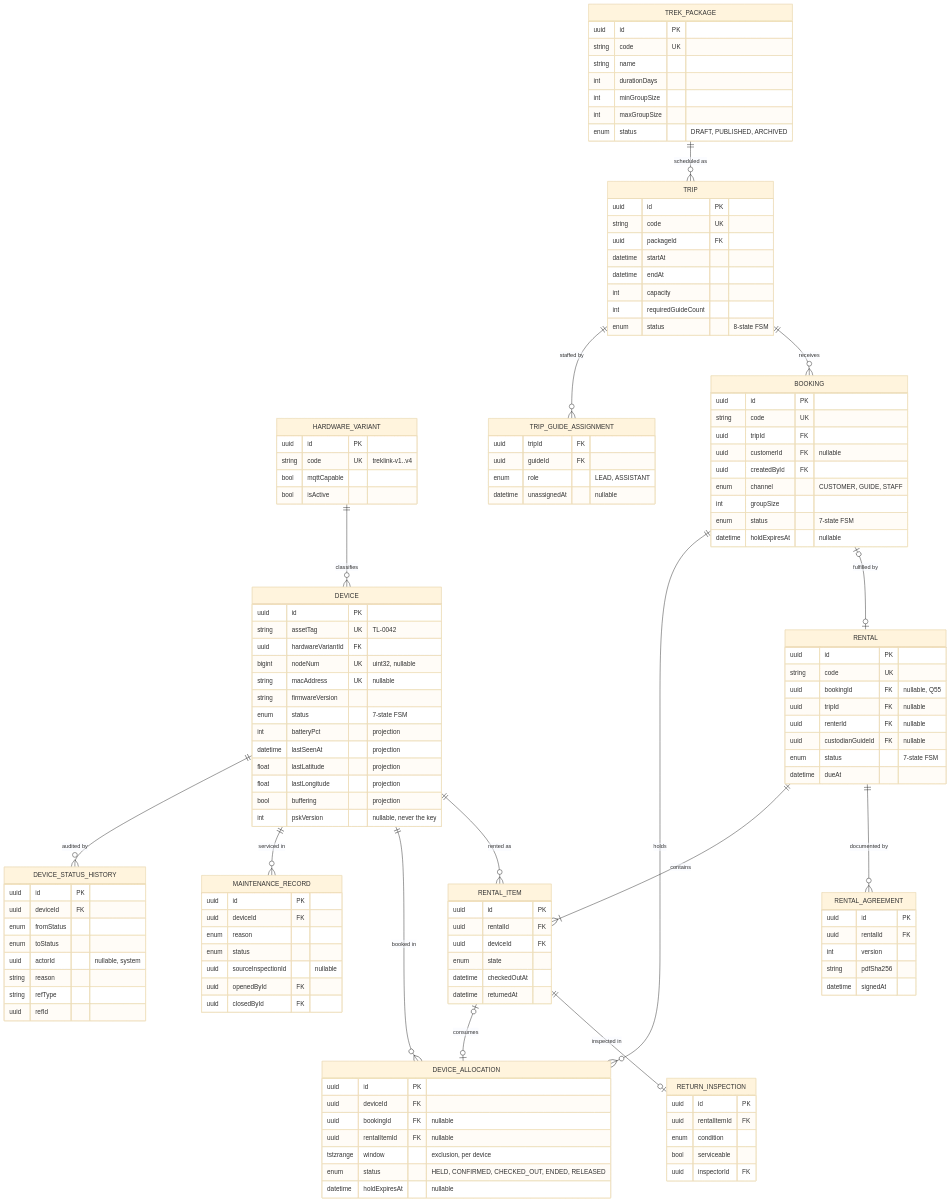
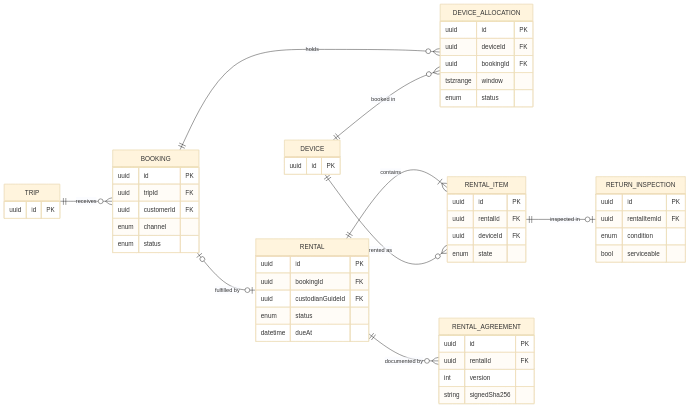
The eighth of 11 diagrams in specs/platform/design.md (TrekLink-Team/treklink-web), drawn with Mermaid (base theme) before and after one commit. The commit also changed other lines of this file and 30 other files, not shown here.

First line of the commit message:
docs(rentals): specify bookings, device holds, agreements, check-out and return

````diff
--- a/specs/platform/design.md
+++ b/specs/platform/design.md
@@ -283,98 +337,31 @@
 ```mermaid
 erDiagram
-    HARDWARE_VARIANT {
+    direction LR
+    TRIP {
         uuid id PK
-        string code UK "treklink-v1..v4"
-        bool mqttCapable
-        bool isActive
     }
     DEVICE {
         uuid id PK
-        string assetTag UK "TL-0042"
-        uuid hardwareVariantId FK
-        bigint nodeNum UK "uint32, nullable"
-        string macAddress UK "nullable"
-        string firmwareVersion
-        enum status "7-state FSM"
-        int batteryPct "projection"
-        datetime lastSeenAt "projection"
-        float lastLatitude "projection"
-        float lastLongitude "projection"
-        bool buffering "projection"
-        int pskVersion "nullable, never the key"
-    }
-    DEVICE_STATUS_HISTORY {
-        uuid id PK
-        uuid deviceId FK
-        enum fromStatus
-        enum toStatus
-        uuid actorId "nullable, system"
-        string reason
-        string refType
-        uuid refId
-    }
-    MAINTENANCE_RECORD {
-        uuid id PK
-        uuid deviceId FK
-        enum reason
-        enum status
-        uuid sourceInspectionId "nullable"
-        uuid openedById FK
-        uuid closedById FK
-    }
-    TREK_PACKAGE {
-        uuid id PK
-        string code UK
-        string name
-        int durationDays
-        int minGroupSize
-        int maxGroupSize
-        enum status "DRAFT, PUBLISHED, ARCHIVED"
-    }
-    TRIP {
-        uuid id PK
-        string code UK
-        uuid packageId FK
-        datetime startAt
-        datetime endAt
-        int capacity
-        int requiredGuideCount
-        enum status "8-state FSM"
-    }
-    TRIP_GUIDE_ASSIGNMENT {
-        uuid tripId FK
-        uuid guideId FK
-        enum role "LEAD, ASSISTANT"
-        datetime unassignedAt "nullable"
     }
     BOOKING {
         uuid id PK
-        string code UK
         uuid tripId FK
-        uuid customerId FK "nullable"
-        uuid createdById FK
-        enum channel "CUSTOMER, GUIDE, STAFF"
-        int groupSize
-        enum status "7-state FSM"
-        datetime holdExpiresAt "nullable"
+        uuid customerId FK
+        enum channel
+        enum status
     }
     DEVICE_ALLOCATION {
         uuid id PK
         uuid deviceId FK
-        uuid bookingId FK "nullable"
-        uuid rentalItemId FK "nullable"
-        tstzrange window "exclusion, per device"
-        enum status "HELD, CONFIRMED, CHECKED_OUT, ENDED, RELEASED"
-        datetime holdExpiresAt "nullable"
+        uuid bookingId FK
+        tstzrange window
+        enum status
     }
     RENTAL {
         uuid id PK
-        string code UK
-        uuid bookingId FK "nullable, Q55"
-        uuid tripId FK "nullable"
-        uuid renterId FK "nullable"
-        uuid custodianGuideId FK "nullable"
-        enum status "7-state FSM"
+        uuid bookingId FK
+        uuid custodianGuideId FK
+        enum status
         datetime dueAt
     }
     RENTAL_ITEM {
@@ -382,34 +369,24 @@
         uuid rentalId FK
         uuid deviceId FK
         enum state
-        datetime checkedOutAt
-        datetime returnedAt
     }
     RENTAL_AGREEMENT {
         uuid id PK
         uuid rentalId FK
         int version
-        string pdfSha256
-        datetime signedAt
+        string signedSha256
     }
     RETURN_INSPECTION {
         uuid id PK
         uuid rentalItemId FK
         enum condition
         bool serviceable
-        uuid inspectorId FK
     }
-    HARDWARE_VARIANT ||--o{ DEVICE : "classifies"
-    DEVICE ||--o{ DEVICE_STATUS_HISTORY : "audited by"
-    DEVICE ||--o{ MAINTENANCE_RECORD : "serviced in"
-    TREK_PACKAGE ||--o{ TRIP : "scheduled as"
-    TRIP ||--o{ TRIP_GUIDE_ASSIGNMENT : "staffed by"
     TRIP ||--o{ BOOKING : "receives"
     BOOKING ||--o{ DEVICE_ALLOCATION : "holds"
     DEVICE ||--o{ DEVICE_ALLOCATION : "booked in"
     BOOKING |o--o| RENTAL : "fulfilled by"
     RENTAL ||--|{ RENTAL_ITEM : "contains"
-    RENTAL_ITEM |o--o| DEVICE_ALLOCATION : "consumes"
     DEVICE ||--o{ RENTAL_ITEM : "rented as"
     RENTAL ||--o{ RENTAL_AGREEMENT : "documented by"
     RENTAL_ITEM ||--o| RETURN_INSPECTION : "inspected in"
````
